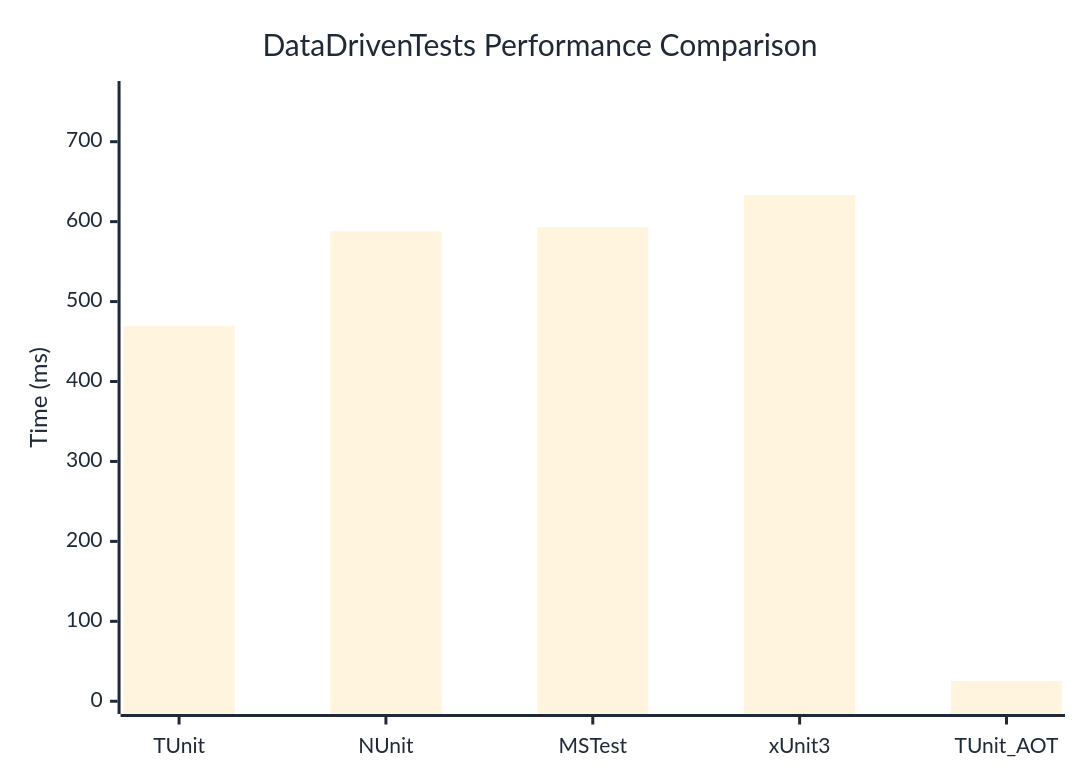
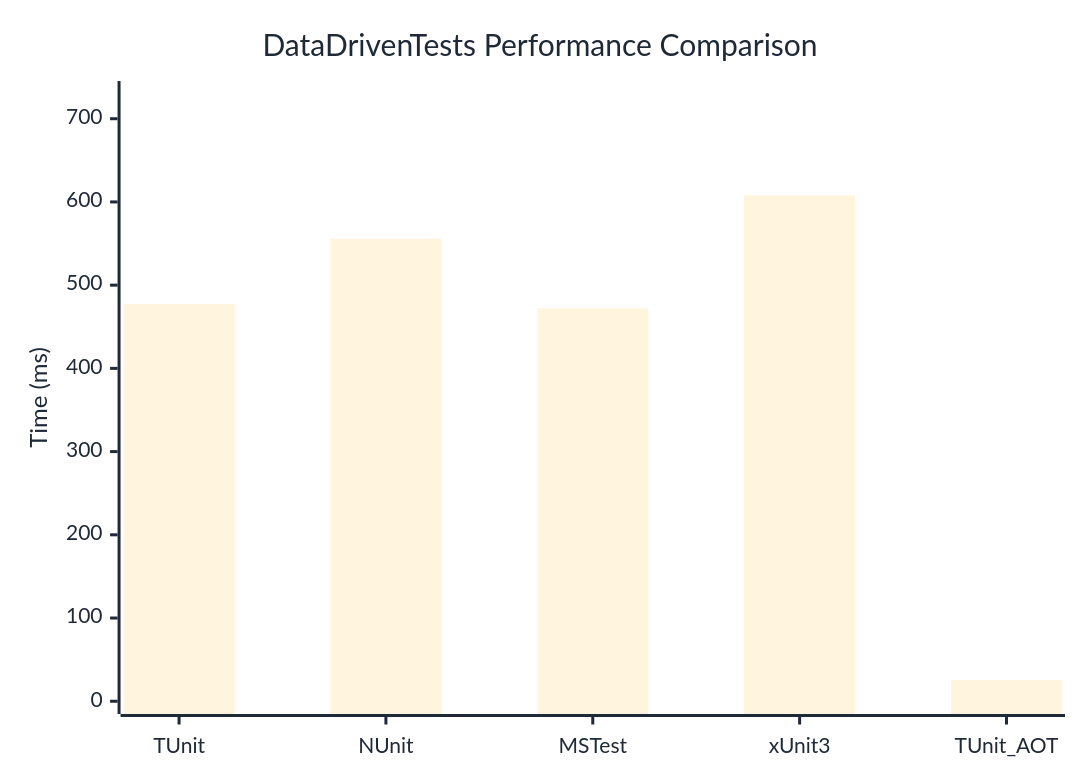
The diagram in docs/docs/benchmarks/DataDrivenTests.md (thomhurst/TUnit), drawn with Mermaid before and after one commit. The commit also changed other lines of this file and 17 other files, not shown here.

````diff
--- a/docs/docs/benchmarks/DataDrivenTests.md
+++ b/docs/docs/benchmarks/DataDrivenTests.md
@@ -27,37 +27,37 @@
 ```mermaid
 %%{init: {
   'theme':'base',
   'themeVariables': {
     'primaryColor': '#2563eb',
     'primaryTextColor': '#1f2937',
     'primaryBorderColor': '#1e40af',
     'lineColor': '#6b7280',
     'secondaryColor': '#7c3aed',
     'tertiaryColor': '#dc2626',
     'background': '#ffffff',
     'mainBkg': '#2563eb',
     'secondBkg': '#7c3aed',
     'tertiaryBkg': '#dc2626',
     'clusterBkg': '#f3f4f6',
     'edgeLabelBackground': '#ffffff',
     'tertiaryTextColor': '#1f2937',
     'pie1': '#2563eb',
     'pie2': '#7c3aed',
     'pie3': '#dc2626',
     'pie4': '#f59e0b',
     'pie5': '#10b981',
     'pie6': '#06b6d4',
     'pie7': '#ec4899',
     'pie8': '#6366f1',
     'pie9': '#84cc16',
     'pie10': '#f97316',
     'pie11': '#14b8a6',
     'pie12': '#a855f7'
   }
 }}%%
 xychart-beta
   title "DataDrivenTests Performance Comparison"
   x-axis ["TUnit", "NUnit", "MSTest", "xUnit3", "TUnit_AOT"]
-  y-axis "Time (ms)" 0 --> 760
-  bar [469.34, 587.89, 592.94, 633.13, 25.35]
+  y-axis "Time (ms)" 0 --> 730
+  bar [477.27, 555.7, 472.16, 607.82, 25.42]
 ```
````
